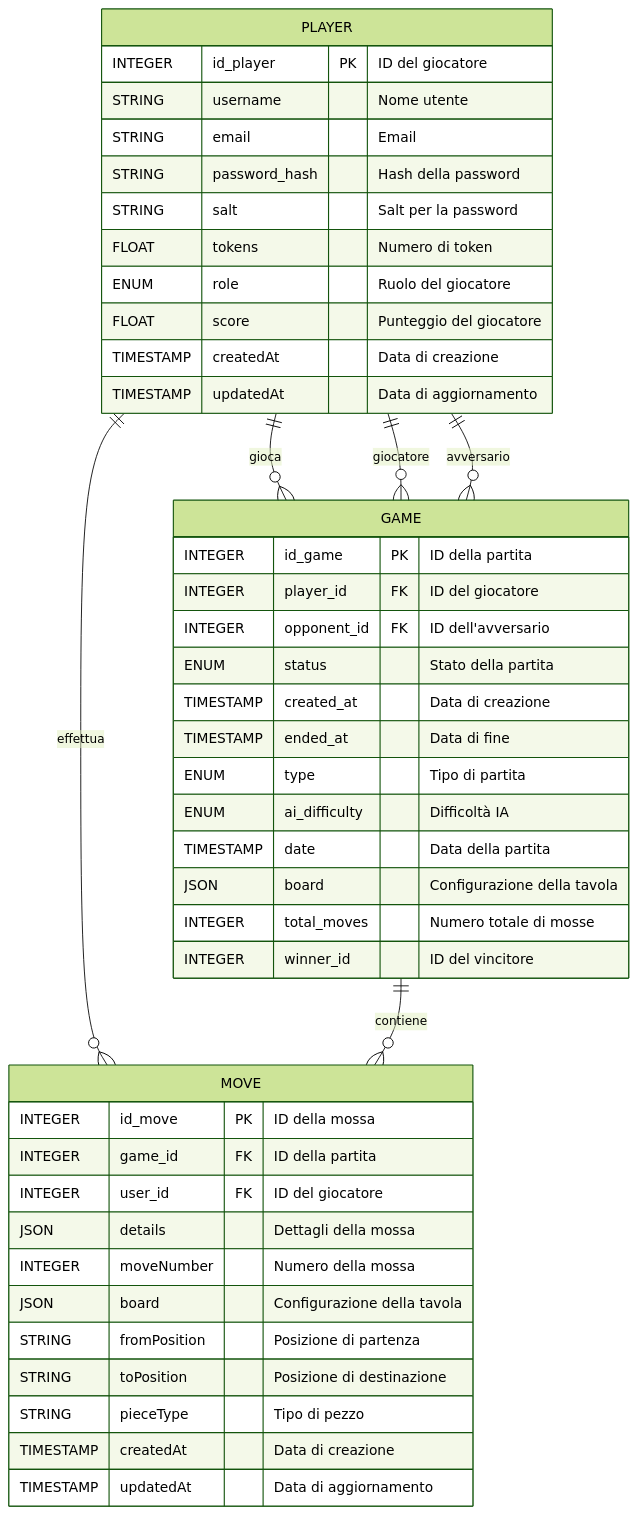
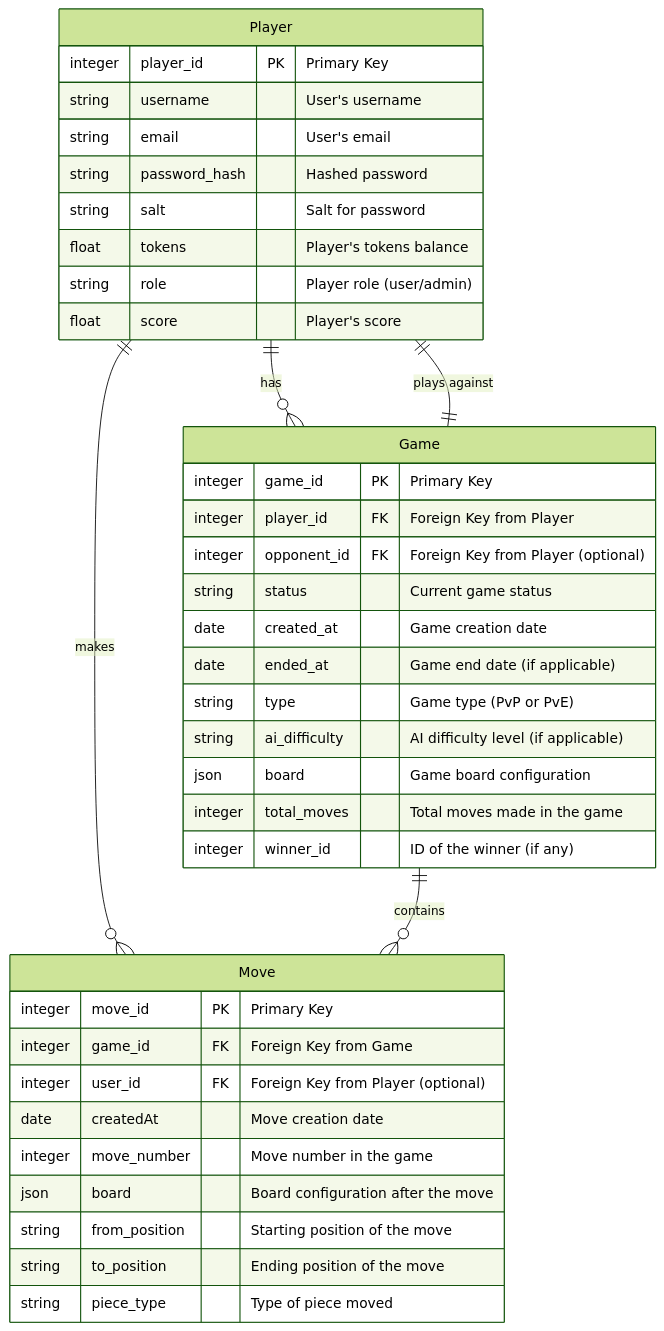
The fifth of 5 diagrams in README.md (AndreaMarini01/progetto_PA), drawn with Mermaid (forest theme) before and after one commit. The commit also changed other lines of this file, not shown here.

````diff
--- a/README.md
+++ b/README.md
@@ -224,50 +256,45 @@
 ```mermaid
 erDiagram
-    PLAYER {
-        INTEGER id_player PK "ID del giocatore"
-        STRING username "Nome utente"
-        STRING email "Email"
-        STRING password_hash "Hash della password"
-        STRING salt "Salt per la password"
-        FLOAT tokens "Numero di token"
-        ENUM role "Ruolo del giocatore"
-        FLOAT score "Punteggio del giocatore"
-        TIMESTAMP createdAt "Data di creazione"
-        TIMESTAMP updatedAt "Data di aggiornamento"
+    Player {
+        integer player_id PK "Primary Key"
+        string username "User's username"
+        string email "User's email"
+        string password_hash "Hashed password"
+        string salt "Salt for password"
+        float tokens "Player's tokens balance"
+        string role "Player role (user/admin)"
+        float score "Player's score"
     }
 
-    GAME {
-        INTEGER id_game PK "ID della partita"
-        INTEGER player_id FK "ID del giocatore"
-        INTEGER opponent_id FK "ID dell'avversario"
-        ENUM status "Stato della partita"
-        TIMESTAMP created_at "Data di creazione"
-        TIMESTAMP ended_at "Data di fine"
-        ENUM type "Tipo di partita"
-        ENUM ai_difficulty "Difficoltà IA"
-        TIMESTAMP date "Data della partita"
-        JSON board "Configurazione della tavola"
-        INTEGER total_moves "Numero totale di mosse"
-        INTEGER winner_id "ID del vincitore"
+    Game {
+        integer game_id PK "Primary Key"
+        integer player_id FK "Foreign Key from Player"
+        integer opponent_id FK "Foreign Key from Player (optional)"
+        string status "Current game status"
+        date created_at "Game creation date"
+        date ended_at "Game end date (if applicable)"
+        string type "Game type (PvP or PvE)"
+        string ai_difficulty "AI difficulty level (if applicable)"
+        json board "Game board configuration"
+        integer total_moves "Total moves made in the game"
+        integer winner_id "ID of the winner (if any)"
     }
 
-    MOVE {
-        INTEGER id_move PK "ID della mossa"
-        INTEGER game_id FK "ID della partita"
-        INTEGER user_id FK "ID del giocatore"
-        JSON details "Dettagli della mossa"
-        INTEGER moveNumber "Numero della mossa"
-        JSON board "Configurazione della tavola"
-        STRING fromPosition "Posizione di partenza"
-        STRING toPosition "Posizione di destinazione"
-        STRING pieceType "Tipo di pezzo"
-        TIMESTAMP createdAt "Data di creazione"
-        TIMESTAMP updatedAt "Data di aggiornamento"
+    Move {
+        integer move_id PK "Primary Key"
+        integer game_id FK "Foreign Key from Game"
+        integer user_id FK "Foreign Key from Player (optional)"
+        date createdAt "Move creation date"
+        integer move_number "Move number in the game"
+        json board "Board configuration after the move"
+        string from_position "Starting position of the move"
+        string to_position "Ending position of the move"
+        string piece_type "Type of piece moved"
     }
 
-    PLAYER ||--o{ GAME : "gioca"
-    PLAYER ||--o{ MOVE : "effettua"
-    GAME ||--o{ MOVE : "contiene"
-    GAME }o--|| PLAYER : "giocatore"
-    GAME }o--|| PLAYER : "avversario"
+    Player ||--o{ Game : "has"
+    Player ||--o{ Move : "makes"
+    Game ||--o{ Move : "contains"
+    Game ||--|| Player : "plays against"
+
 ```
````
